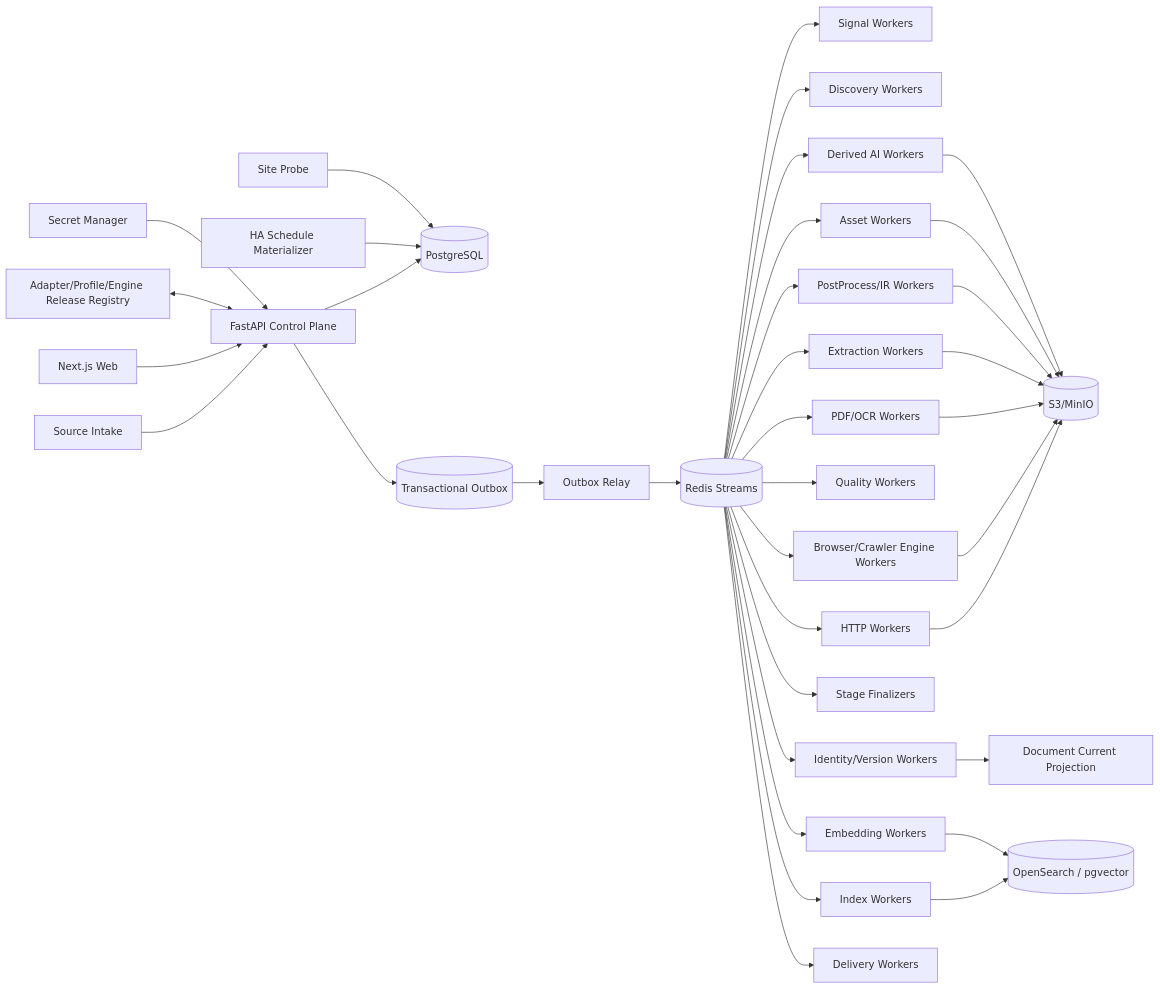
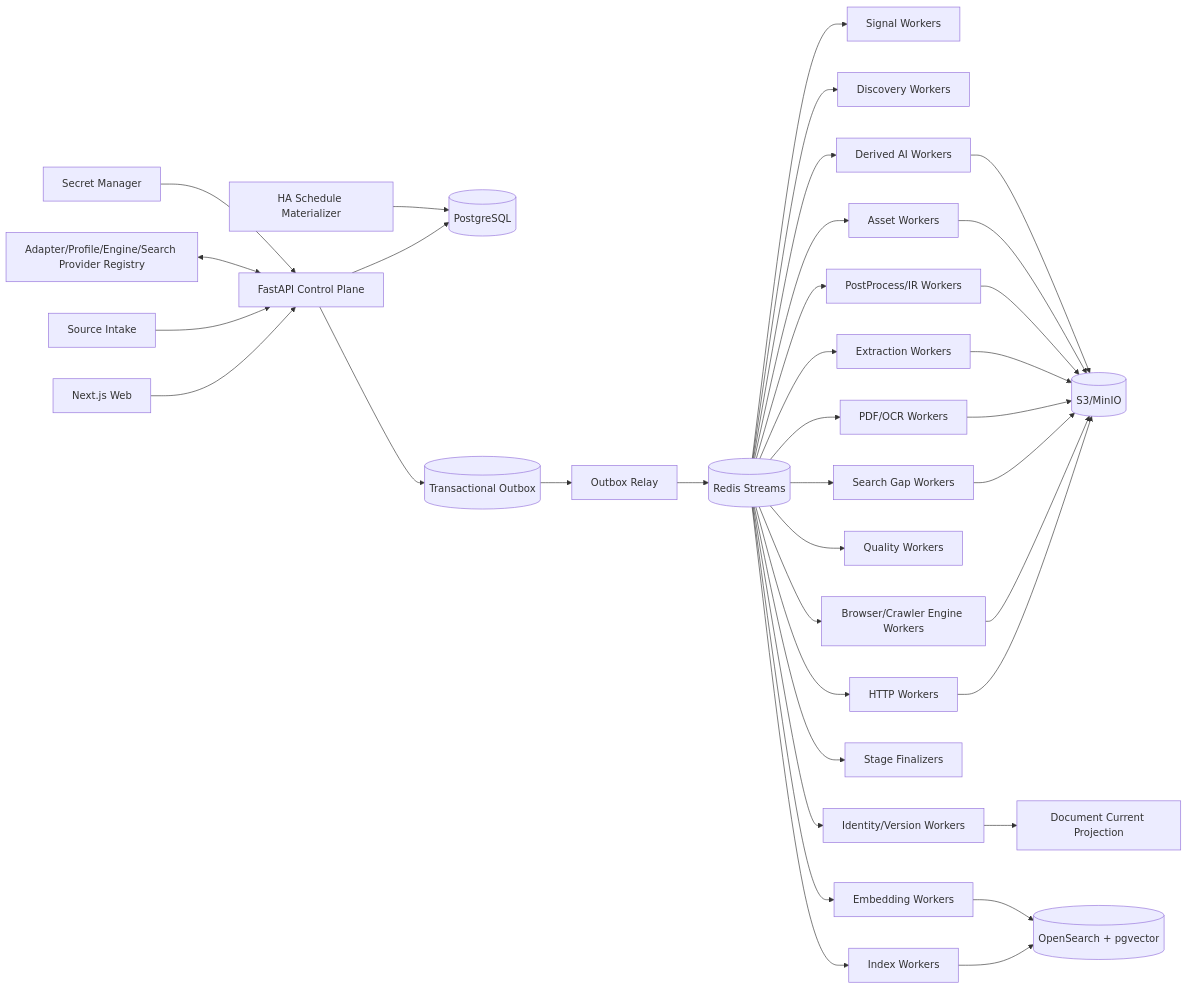
Before and after one commit to WorkerXu/my-doc: the diagram in 博客知识库技术方案.md, drawn with Mermaid. The commit also changed other lines of this file and 1 other file, not shown here.

````diff
--- a/博客知识库技术方案.md
+++ b/博客知识库技术方案.md
@@ -82,42 +73,42 @@
 ```mermaid
 flowchart LR
-    SI[Source Intake] --> API[FastAPI Control Plane]
-    UI[Next.js Web] --> API
+    UI[Next.js Web] --> API[FastAPI Control Plane]
+    SI[Source Intake] --> API
     API --> PG[(PostgreSQL)]
     API --> OUT[(Transactional Outbox)]
     SCH[HA Schedule Materializer] --> PG
-    REG[Adapter/Profile/Engine Release Registry] <--> API
-    PROBE[Site Probe] --> PG
+    REG[Adapter/Profile/Engine/Search Provider Registry] <--> API
     SEC[Secret Manager] --> API
 
     OUT --> RELAY[Outbox Relay]
     RELAY --> Q[(Redis Streams)]
 
     Q --> SG[Signal Workers]
     Q --> DW[Discovery Workers]
+    Q --> SW[Search Gap Workers]
     Q --> HF[HTTP Workers]
     Q --> BW[Browser/Crawler Engine Workers]
     Q --> PDF[PDF/OCR Workers]
     Q --> EX[Extraction Workers]
     Q --> PP[PostProcess/IR Workers]
     Q --> QV[Quality Workers]
     Q --> ID[Identity/Version Workers]
     Q --> AW[Asset Workers]
     Q --> FIN[Stage Finalizers]
     Q --> IX[Index Workers]
     Q --> EW[Embedding Workers]
     Q --> AI[Derived AI Workers]
-    Q --> NT[Delivery Workers]
 
     HF --> OBJ[(S3/MinIO)]
     BW --> OBJ
+    SW --> OBJ
     PDF --> OBJ
     EX --> OBJ
     PP --> OBJ
     AW --> OBJ
     AI --> OBJ
 
     ID --> CUR[Document Current Projection]
-    IX --> SEARCH[(OpenSearch / pgvector)]
+    IX --> SEARCH[(OpenSearch + pgvector)]
     EW --> SEARCH
 ```
````
